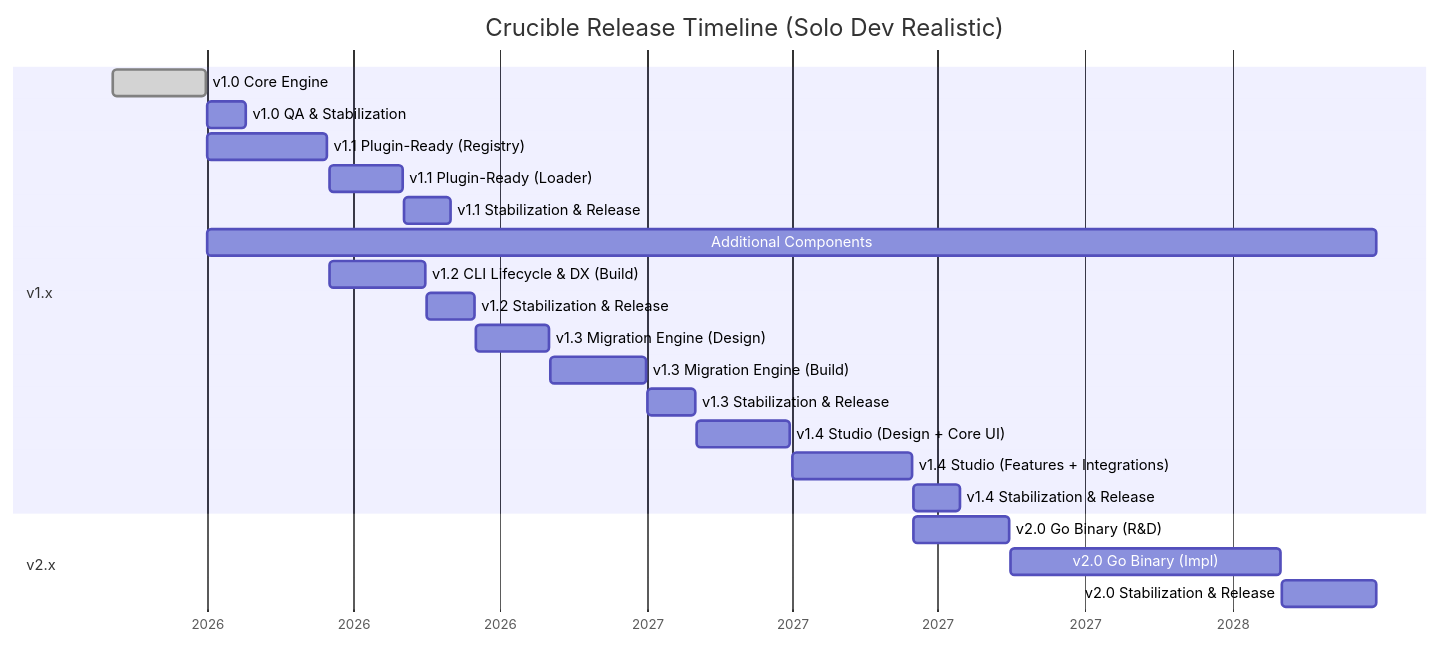
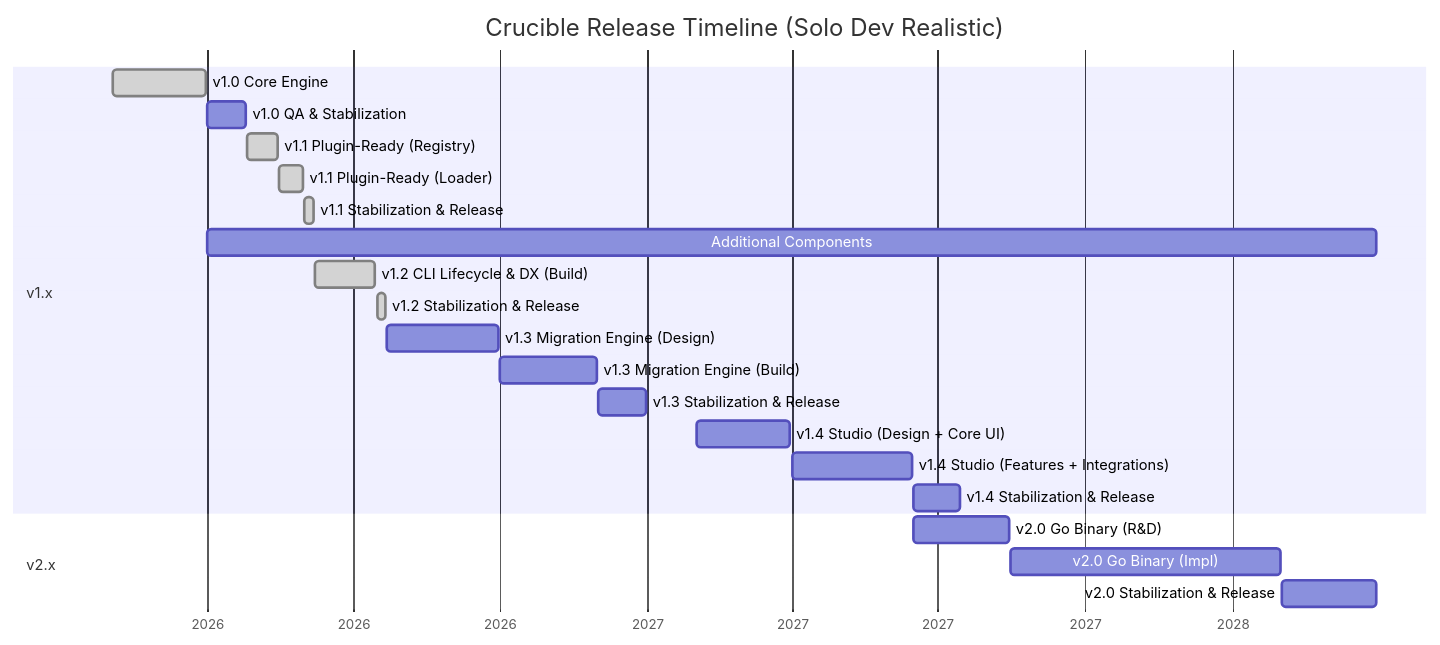
The first of 4 diagrams in ROADMAP.md (Naveen2070/project_crucible), drawn with Mermaid before and after one commit. The commit also changed other lines of this file and 4 other files, not shown here.

Commit message:
docs: release prep for v1.2.0 including React Native and CLI DX updates

````diff
--- a/ROADMAP.md
+++ b/ROADMAP.md
@@ -160,34 +160,34 @@
 ```mermaid
 gantt
     title Crucible Release Timeline (Solo Dev Realistic)
     dateFormat  YYYY-MM-DD
     axisFormat  %Y
 
     section v1.x
 
     v1.0 Core Engine           :done, 2026-02-01, 2026-03-31
     v1.0 QA & Stabilization    :2026-04-01, 2026-04-25
 
-    v1.1 Plugin-Ready (Registry):2026-04-01, 2026-06-15
-    v1.1 Plugin-Ready (Loader)  :2026-06-16, 2026-08-01
-    v1.1 Stabilization & Release:2026-08-02, 2026-08-31
+    v1.1 Plugin-Ready (Registry):done, 2026-04-26, 2026-05-15
+    v1.1 Plugin-Ready (Loader)  :done, 2026-05-16, 2026-05-31
+    v1.1 Stabilization & Release:done, 2026-06-01, 2026-06-06
 
     Additional Components       :2026-04-01, 2028-03-31
 
-    v1.2 CLI Lifecycle & DX (Build) :2026-06-16, 2026-08-15
-    v1.2 Stabilization & Release    :2026-08-16, 2026-09-15
+    v1.2 CLI Lifecycle & DX (Build) :done, 2026-06-07, 2026-07-15
+    v1.2 Stabilization & Release    :done, 2026-07-16, 2026-07-21
 
-    v1.3 Migration Engine (Design) :2026-09-16, 2026-10-31
-    v1.3 Migration Engine (Build)  :2026-11-01, 2026-12-31
-    v1.3 Stabilization & Release   :2027-01-01, 2027-01-31
+    v1.3 Migration Engine (Design) :2026-07-22, 2026-09-30
+    v1.3 Migration Engine (Build)  :2026-10-01, 2026-11-30
+    v1.3 Stabilization & Release   :2026-12-01, 2026-12-31
 
     v1.4 Studio (Design + Core UI) :2027-02-01, 2027-03-31
     v1.4 Studio (Features + Integrations) :2027-04-01, 2027-06-15
     v1.4 Stabilization & Release   :2027-06-16, 2027-07-15
 
     section v2.x
 
     v2.0 Go Binary (R&D)       :2027-06-16, 2027-08-15
     v2.0 Go Binary (Impl)      :2027-08-16, 2028-01-31
     v2.0 Stabilization & Release:2028-02-01, 2028-03-31
 ```
````
